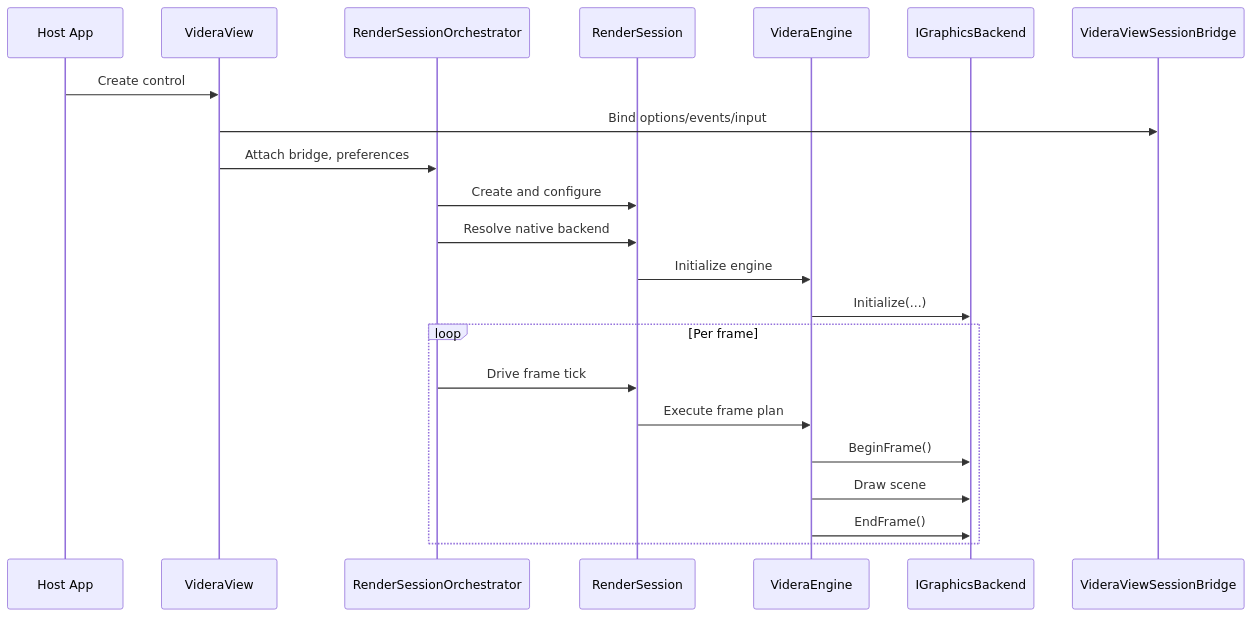
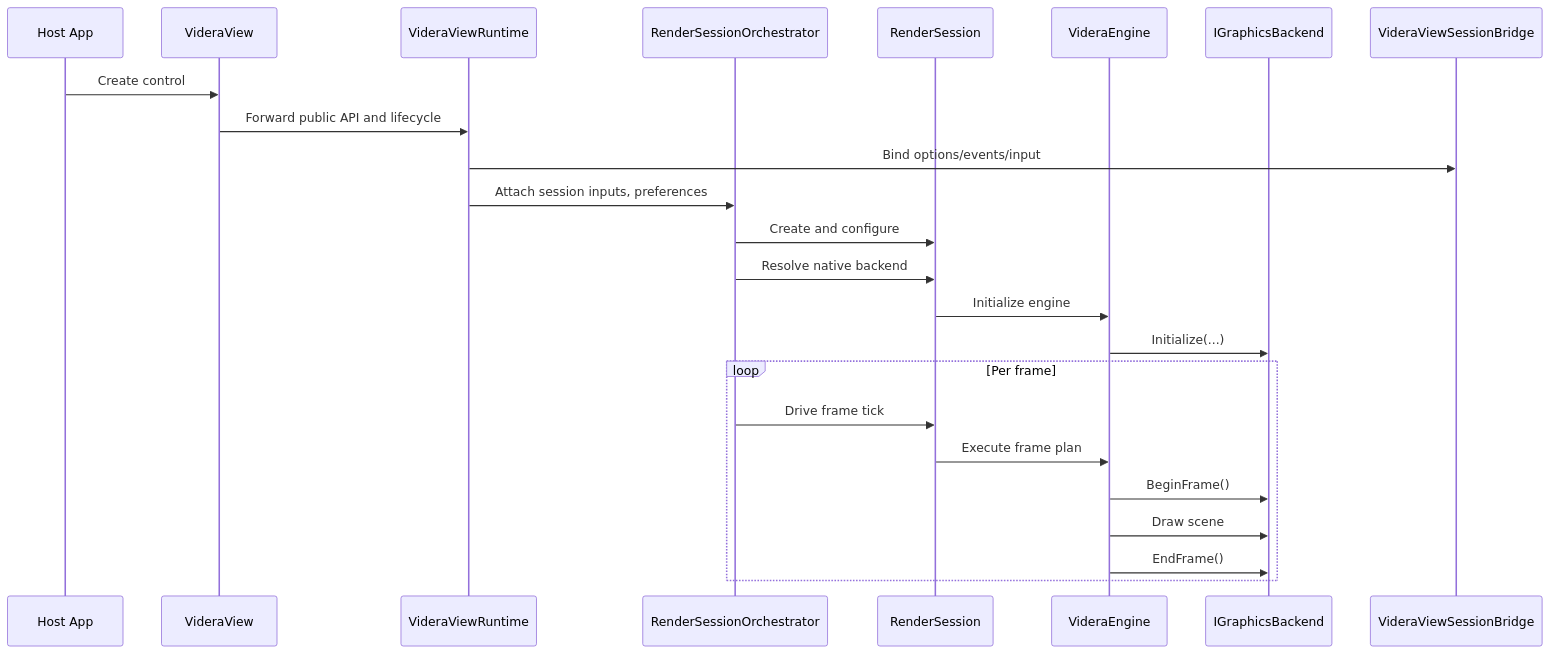
One commit to ExplodingUFO/Videra changed the second of 2 diagrams in ARCHITECTURE.md. Above: the diagram before and after it, drawn with Mermaid. The commit also changed other lines of this file and 52 other files, not shown here.

Commit message:
feat(view): ship v1.5 runtime thinning and orchestration

````diff
--- a/ARCHITECTURE.md
+++ b/ARCHITECTURE.md
@@ -113,26 +114,28 @@
 ```mermaid
 sequenceDiagram
     participant App as Host App
     participant View as VideraView
+    participant Runtime as VideraViewRuntime
     participant Orchestrator as RenderSessionOrchestrator
     participant Session as RenderSession
     participant Engine as VideraEngine
     participant Backend as IGraphicsBackend
     participant Bridge as VideraViewSessionBridge
 
     App->>View: Create control
-    View->>Bridge: Bind options/events/input
-    View->>Orchestrator: Attach bridge, preferences
+    View->>Runtime: Forward public API and lifecycle
+    Runtime->>Bridge: Bind options/events/input
+    Runtime->>Orchestrator: Attach session inputs, preferences
     Orchestrator->>Session: Create and configure
     Orchestrator->>Session: Resolve native backend
     Session->>Engine: Initialize engine
     Engine->>Backend: Initialize(...)
 
     loop Per frame
         Orchestrator->>Session: Drive frame tick
         Session->>Engine: Execute frame plan
         Engine->>Backend: BeginFrame()
         Engine->>Backend: Draw scene
         Engine->>Backend: EndFrame()
     end
 ```
````
